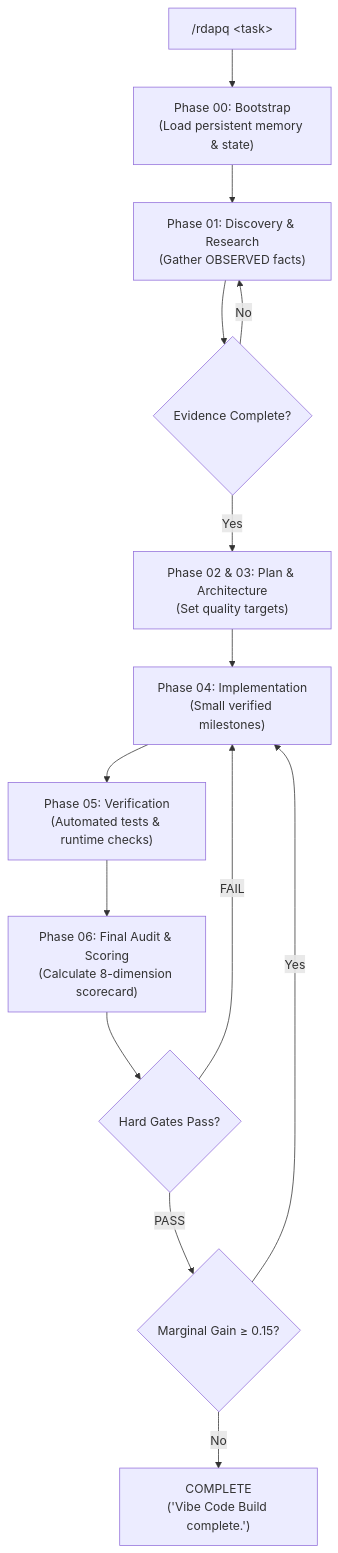
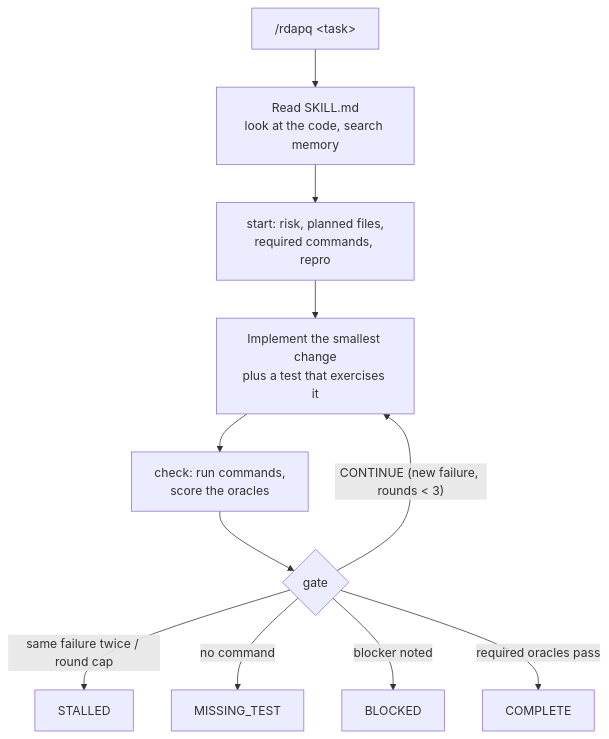
One commit to coldcanuk/rdapq changed the diagram in README.md. Above: the diagram before and after it, drawn with Mermaid. The commit also changed other lines of this file and 73 other files, not shown here.

````diff
--- a/README.md
+++ b/README.md
@@ -94,16 +93,13 @@
 ```mermaid
 flowchart TD
-    A["/rdapq &lt;task&gt;"] --> B["Phase 00: Bootstrap<br/>(Load persistent memory &amp; state)"]
-    B --> C["Phase 01: Discovery &amp; Research<br/>(Gather OBSERVED facts)"]
-    C --> D{"Evidence Complete?"}
-    D -- No --> C
-    D -- Yes --> E["Phase 02 &amp; 03: Plan &amp; Architecture<br/>(Set quality targets)"]
-    E --> F["Phase 04: Implementation<br/>(Small verified milestones)"]
-    F --> G["Phase 05: Verification<br/>(Automated tests &amp; runtime checks)"]
-    G --> H["Phase 06: Final Audit &amp; Scoring<br/>(Calculate 8-dimension scorecard)"]
-    H --> I{"Hard Gates Pass?"}
-    I -- FAIL --> F
-    I -- PASS --> J{"Marginal Gain &ge; 0.15?"}
-    J -- Yes --> F
-    J -- No --> K["COMPLETE<br/>('Vibe Code Build complete.')"]
+    A["/rdapq &lt;task&gt;"] --> B["Read SKILL.md<br/>look at the code, search memory"]
+    B --> C["start: risk, planned files,<br/>required commands, repro"]
+    C --> D["Implement the smallest change<br/>plus a test that exercises it"]
+    D --> E["check: run commands,<br/>score the oracles"]
+    E --> F{"gate"}
+    F -- "CONTINUE (new failure, rounds &lt; 3)" --> D
+    F -- "same failure twice / round cap" --> G["STALLED"]
+    F -- "no command" --> H["MISSING_TEST"]
+    F -- "blocker noted" --> I["BLOCKED"]
+    F -- "required oracles pass" --> J["COMPLETE"]
 ```
````
